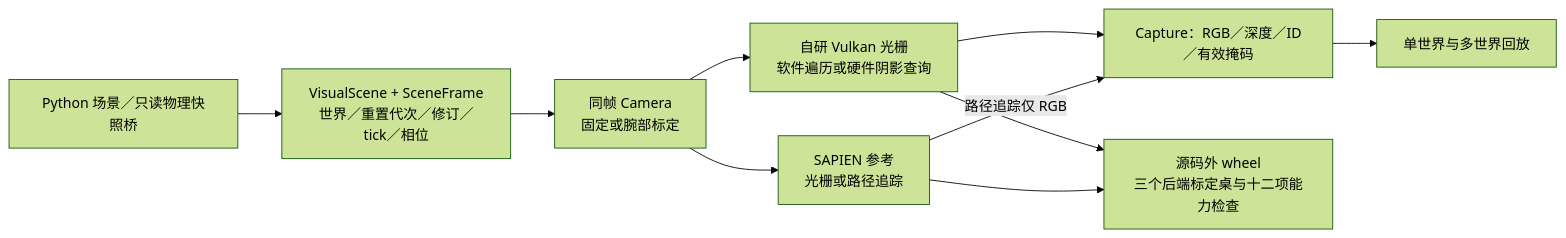
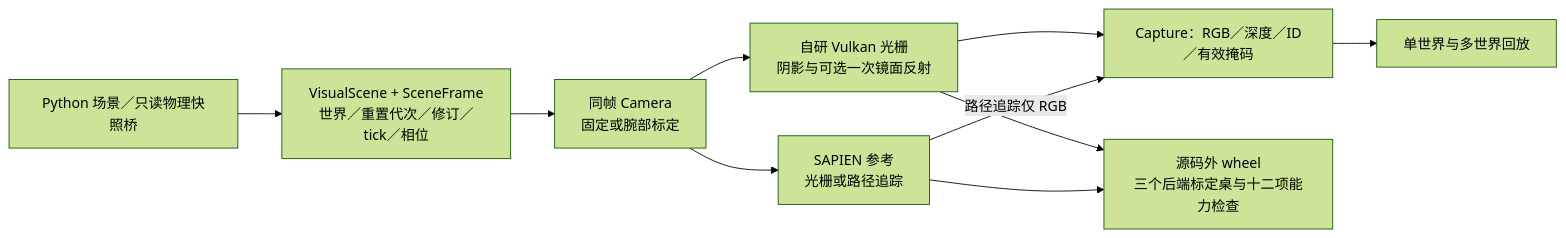
One commit to ChenxrC/phymeo changed the diagram in rendering/results/engine-capabilities.md. Above: the diagram before and after it, drawn with Mermaid (forest theme). The commit also changed other lines of this file and 38 other files, not shown here.

````diff
--- a/rendering/results/engine-capabilities.md
+++ b/rendering/results/engine-capabilities.md
@@ -5,12 +5,12 @@
 ```mermaid
 flowchart LR
   A[Python 场景／只读物理快照桥] --> B[VisualScene + SceneFrame<br/>世界／重置代次／修订／tick／相位]
   B --> C[同帧 Camera<br/>固定或腕部标定]
-  C --> D[自研 Vulkan 光栅<br/>软件遍历或硬件阴影查询]
+  C --> D[自研 Vulkan 光栅<br/>阴影与可选一次镜面反射]
   C --> E[SAPIEN 参考<br/>光栅或路径追踪]
   D --> F[Capture：RGB／深度／ID／有效掩码]
   E -->|路径追踪仅 RGB| F
   F --> G[单世界与多世界回放]
   D --> H[源码外 wheel<br/>三个后端标定桌与十二项能力检查]
   E --> H
 ```
````
